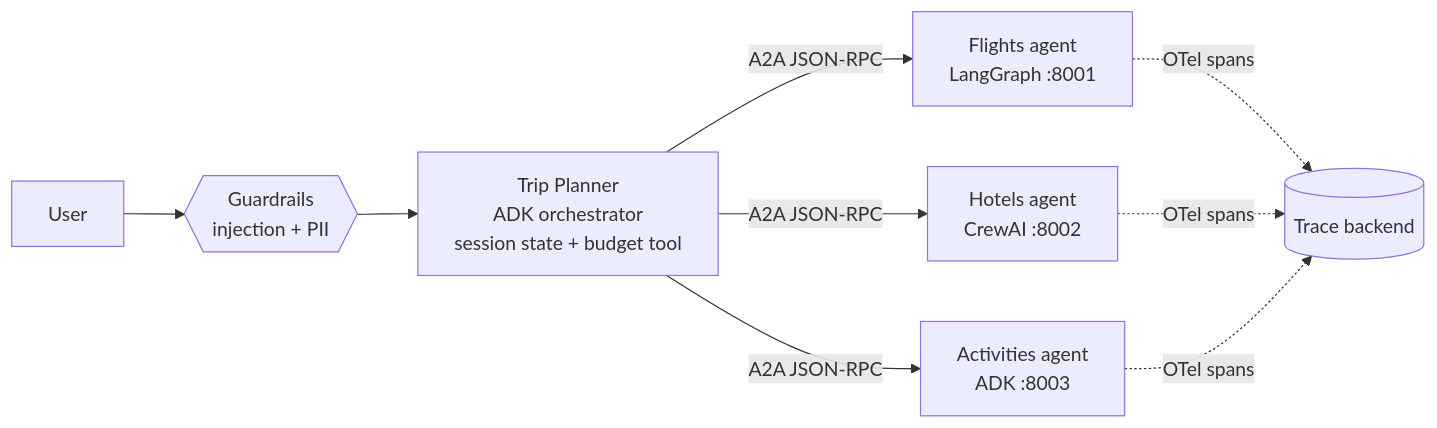
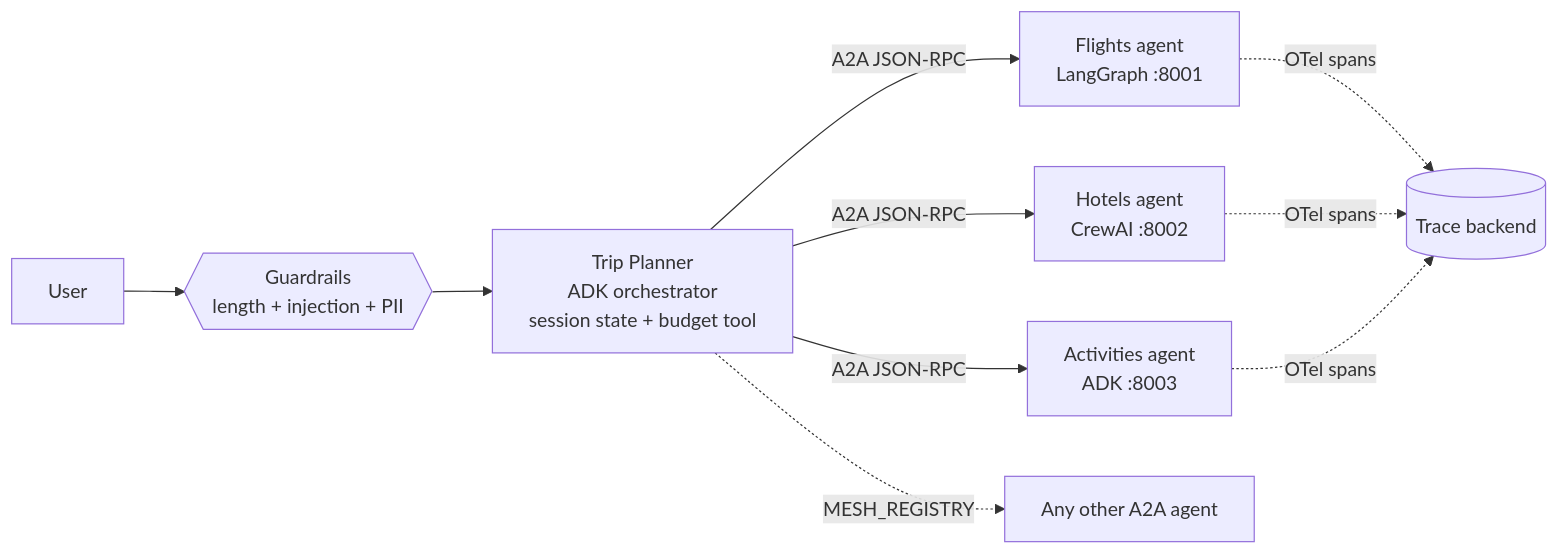
One commit to anshd15/a2a-agent-mesh changed the diagram in README.md. Above: the diagram before and after it, drawn with Mermaid. The commit also changed other lines of this file and 2 other files, not shown here.

Commit message:
docs: architecture deep-dive, README and CHANGELOG for 0.3.0

````diff
--- a/README.md
+++ b/README.md
@@ -5,9 +5,10 @@
 ```mermaid
 flowchart LR
-  U[User] --> G{{Guardrails<br/>injection + PII}}
+  U[User] --> G{{Guardrails<br/>length + injection + PII}}
   G --> O[Trip Planner<br/>ADK orchestrator<br/>session state + budget tool]
   O -- A2A JSON-RPC --> F[Flights agent<br/>LangGraph :8001]
   O -- A2A JSON-RPC --> H[Hotels agent<br/>CrewAI :8002]
   O -- A2A JSON-RPC --> A[Activities agent<br/>ADK :8003]
+  O -. MESH_REGISTRY .-> X[Any other A2A agent]
   F & H & A -. OTel spans .-> T[(Trace backend)]
 ```
````
